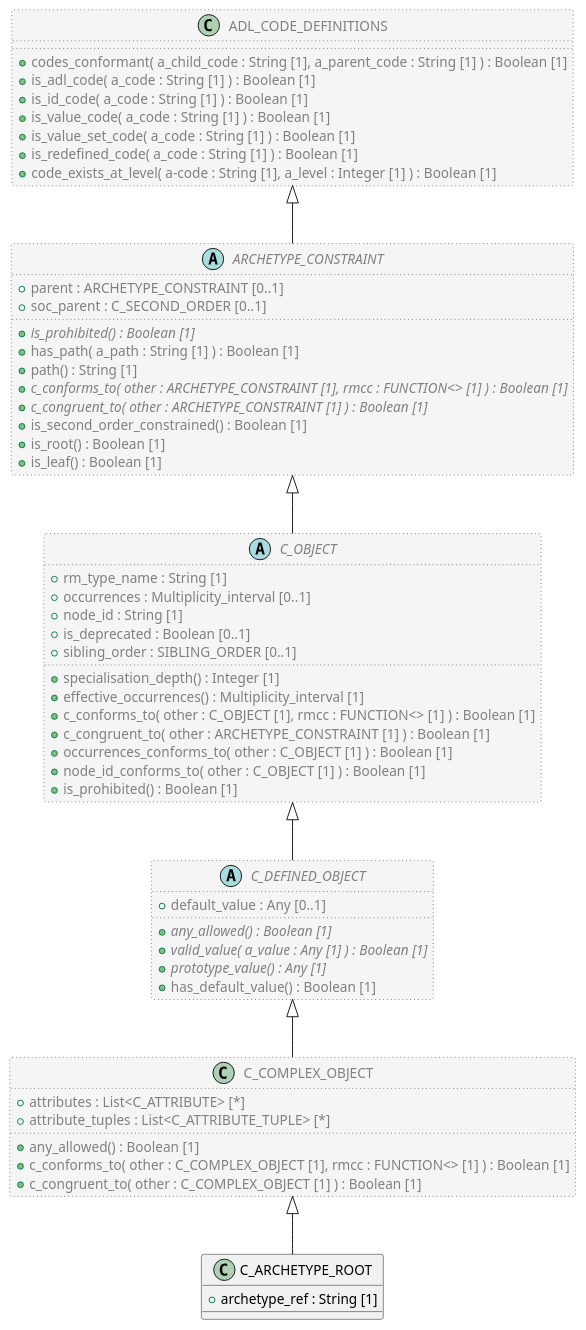
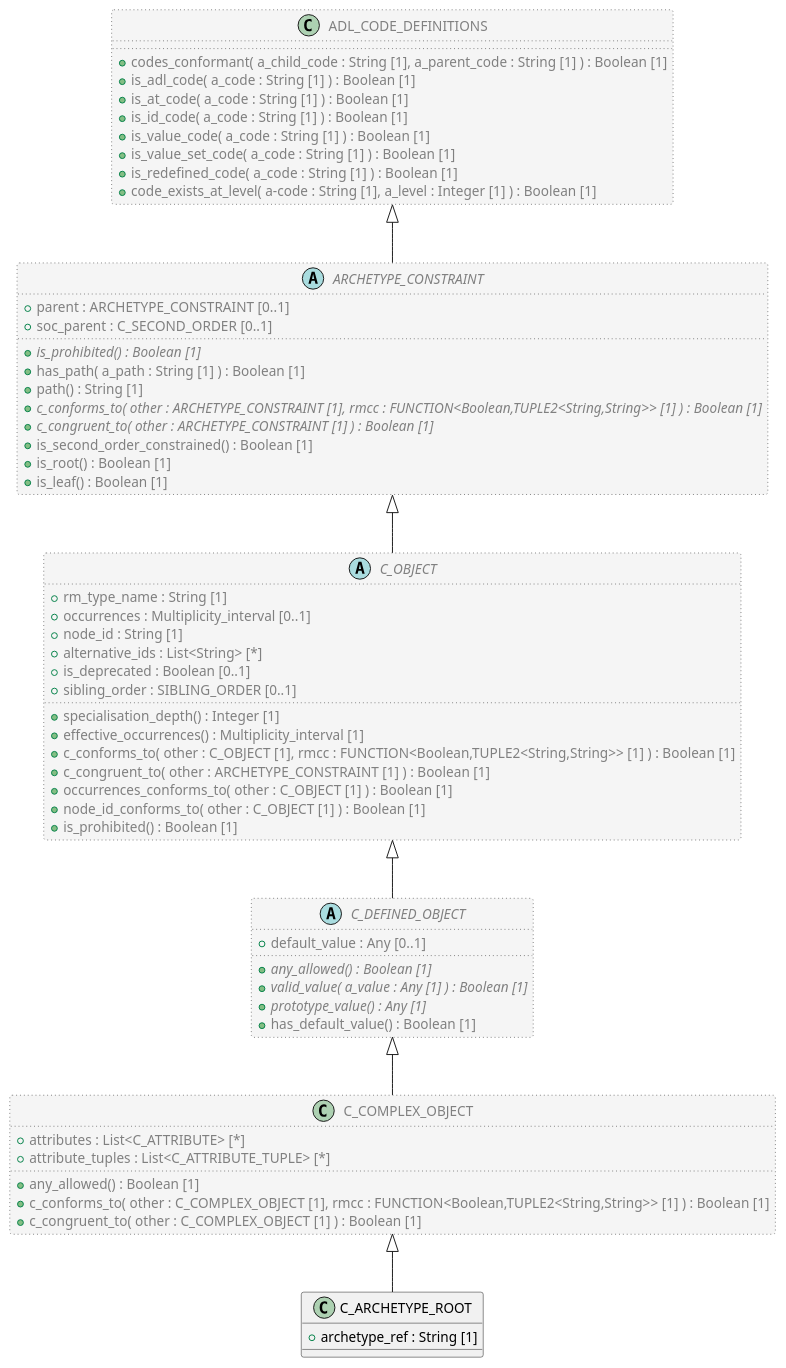
The diagram in code/Adoc/openehr_am_2.4.0/plantUML/classes/aom2.c_archetype_root.adoc (sebastian-iancu/code-generator), drawn with PlantUML before and after one commit. The commit also changed 299 other files, not shown here.

```diff
--- a/code/Adoc/openehr_am_2.4.0/plantUML/classes/aom2.c_archetype_root.adoc
+++ b/code/Adoc/openehr_am_2.4.0/plantUML/classes/aom2.c_archetype_root.adoc
@@ -1,75 +1,77 @@
 [plantuml,C_ARCHETYPE_ROOT,format=svg]
 -----
 @startuml
 
 class C_ARCHETYPE_ROOT {
   + archetype_ref : String [1]
 }
 
 class C_COMPLEX_OBJECT  #whitesmoke;line:gray;line.dotted;text:gray {
   + attributes : List<C_ATTRIBUTE> [*]
   + attribute_tuples : List<C_ATTRIBUTE_TUPLE> [*]
   + any_allowed() : Boolean [1]
-  + c_conforms_to( other : C_COMPLEX_OBJECT [1], rmcc : FUNCTION<> [1] ) : Boolean [1]
+  + c_conforms_to( other : C_COMPLEX_OBJECT [1], rmcc : FUNCTION<Boolean,TUPLE2<String,String>> [1] ) : Boolean [1]
   + c_congruent_to( other : C_COMPLEX_OBJECT [1] ) : Boolean [1]
 }
 
 abstract class C_DEFINED_OBJECT  #whitesmoke;line:gray;line.dotted;text:gray {
   + default_value : Any [0..1]
   + {abstract} any_allowed() : Boolean [1]
   + {abstract} valid_value( a_value : Any [1] ) : Boolean [1]
   + {abstract} prototype_value() : Any [1]
   + has_default_value() : Boolean [1]
 }
 
 abstract class C_OBJECT  #whitesmoke;line:gray;line.dotted;text:gray {
   + rm_type_name : String [1]
   + occurrences : Multiplicity_interval [0..1]
   + node_id : String [1]
+  + alternative_ids : List<String> [*]
   + is_deprecated : Boolean [0..1]
   + sibling_order : SIBLING_ORDER [0..1]
   + specialisation_depth() : Integer [1]
   + effective_occurrences() : Multiplicity_interval [1]
-  + c_conforms_to( other : C_OBJECT [1], rmcc : FUNCTION<> [1] ) : Boolean [1]
+  + c_conforms_to( other : C_OBJECT [1], rmcc : FUNCTION<Boolean,TUPLE2<String,String>> [1] ) : Boolean [1]
   + c_congruent_to( other : ARCHETYPE_CONSTRAINT [1] ) : Boolean [1]
   + occurrences_conforms_to( other : C_OBJECT [1] ) : Boolean [1]
   + node_id_conforms_to( other : C_OBJECT [1] ) : Boolean [1]
   + is_prohibited() : Boolean [1]
 }
 
 abstract class ARCHETYPE_CONSTRAINT  #whitesmoke;line:gray;line.dotted;text:gray {
   + parent : ARCHETYPE_CONSTRAINT [0..1]
   + soc_parent : C_SECOND_ORDER [0..1]
   + {abstract} is_prohibited() : Boolean [1]
   + has_path( a_path : String [1] ) : Boolean [1]
   + path() : String [1]
-  + {abstract} c_conforms_to( other : ARCHETYPE_CONSTRAINT [1], rmcc : FUNCTION<> [1] ) : Boolean [1]
+  + {abstract} c_conforms_to( other : ARCHETYPE_CONSTRAINT [1], rmcc : FUNCTION<Boolean,TUPLE2<String,String>> [1] ) : Boolean [1]
   + {abstract} c_congruent_to( other : ARCHETYPE_CONSTRAINT [1] ) : Boolean [1]
   + is_second_order_constrained() : Boolean [1]
   + is_root() : Boolean [1]
   + is_leaf() : Boolean [1]
 }
 
 class ADL_CODE_DEFINITIONS  #whitesmoke;line:gray;line.dotted;text:gray {
   + codes_conformant( a_child_code : String [1], a_parent_code : String [1] ) : Boolean [1]
   + is_adl_code( a_code : String [1] ) : Boolean [1]
+  + is_at_code( a_code : String [1] ) : Boolean [1]
   + is_id_code( a_code : String [1] ) : Boolean [1]
   + is_value_code( a_code : String [1] ) : Boolean [1]
   + is_value_set_code( a_code : String [1] ) : Boolean [1]
   + is_redefined_code( a_code : String [1] ) : Boolean [1]
   + code_exists_at_level( a-code : String [1], a_level : Integer [1] ) : Boolean [1]
 }
 
 ADL_CODE_DEFINITIONS <|-- ARCHETYPE_CONSTRAINT
 
 ARCHETYPE_CONSTRAINT <|-- C_OBJECT
 
 C_OBJECT <|-- C_DEFINED_OBJECT
 
 C_DEFINED_OBJECT <|-- C_COMPLEX_OBJECT
 
 C_COMPLEX_OBJECT <|-- C_ARCHETYPE_ROOT
 
 
 @enduml
 -----
```
